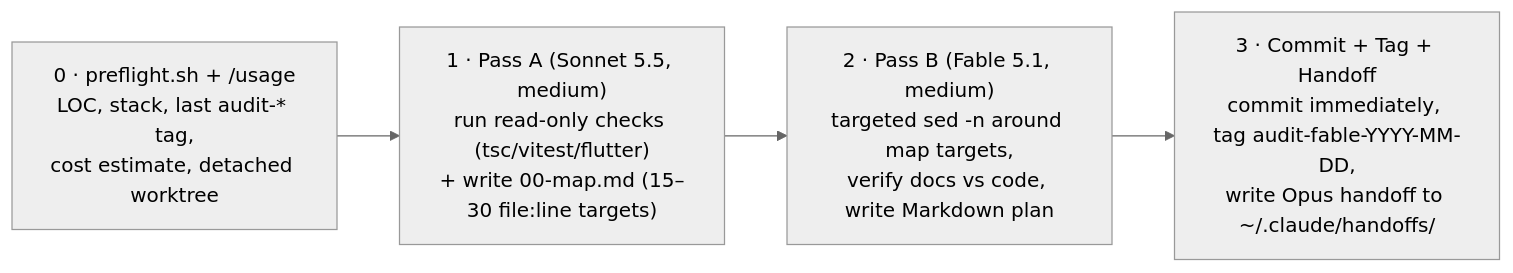
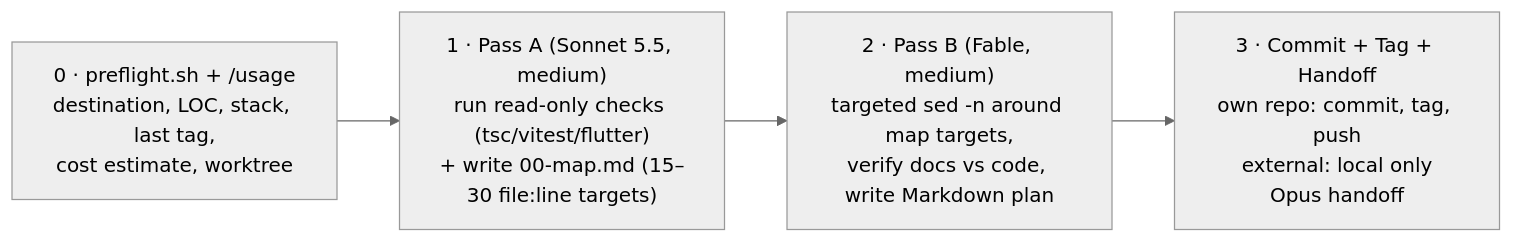
The diagram in skills/fable-review/README.md (stepanic/cv), drawn with Mermaid (neutral theme) before and after one commit. The commit also changed other lines of this file and 12 other files, not shown here.

First line of the commit message:
fix(skills/fable-review): rewrite for how Claude Code runs skills; merge security-audit

````diff
--- a/skills/fable-review/README.md
+++ b/skills/fable-review/README.md
@@ -22,7 +23,7 @@
 ```mermaid
 flowchart LR
-    P0["0 · preflight.sh + /usage<br/>LOC, stack, last audit-* tag,<br/>cost estimate, detached worktree"] --> PA
+    P0["0 · preflight.sh + /usage<br/>destination, LOC, stack, last tag,<br/>cost estimate, worktree"] --> PA
     PA["1 · Pass A (Sonnet 5.5, medium)<br/>run read-only checks (tsc/vitest/flutter)<br/>+ write 00-map.md (15–30 file:line targets)"] --> PB
-    PB["2 · Pass B (Fable 5.1, medium)<br/>targeted sed -n around map targets,<br/>verify docs vs code, write Markdown plan"] --> C
-    C["3 · Commit + Tag + Handoff<br/>commit immediately, tag audit-fable-YYYY-MM-DD,<br/>write Opus handoff to ~/.claude/handoffs/"]
+    PB["2 · Pass B (Fable, medium)<br/>targeted sed -n around map targets,<br/>verify docs vs code, write Markdown plan"] --> C
+    C["3 · Commit + Tag + Handoff<br/>own repo: commit, tag, push<br/>external: local only<br/>Opus handoff"]
 ```
````
